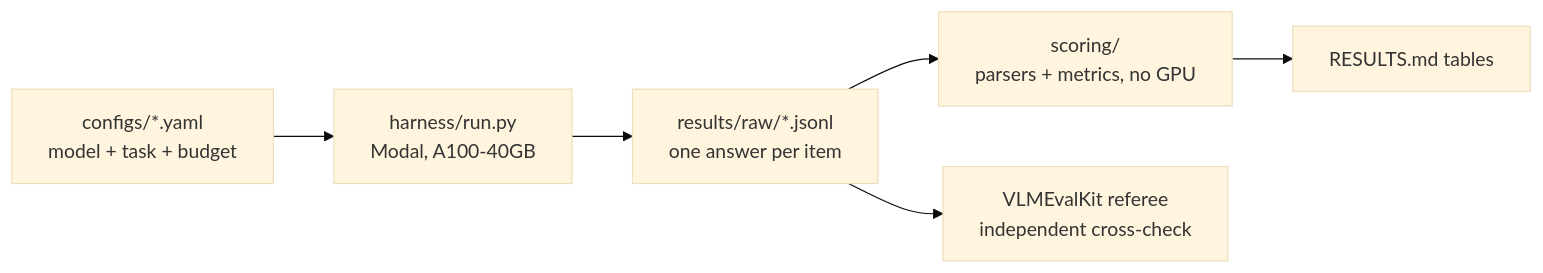
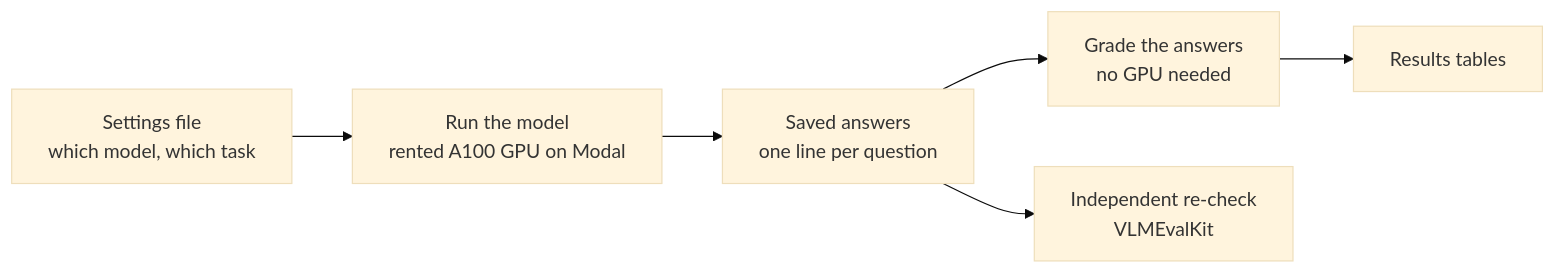
Before and after one commit to NYCandrun/Liquid-Moondream-450M-Benchmark: the diagram in README.md, drawn with Mermaid (base theme). The commit also changed other lines of this file, not shown here.

````diff
--- a/README.md
+++ b/README.md
@@ -39,8 +45,8 @@
 ```mermaid
 flowchart LR
-  C[configs/*.yaml<br/>model + task + budget] --> H[harness/run.py<br/>Modal, A100-40GB]
-  H --> R[results/raw/*.jsonl<br/>one answer per item]
-  R --> S[scoring/<br/>parsers + metrics, no GPU]
-  S --> T[RESULTS.md tables]
-  R --> V[VLMEvalKit referee<br/>independent cross-check]
+  C[Settings file<br/>which model, which task] --> H[Run the model<br/>rented A100 GPU on Modal]
+  H --> R[Saved answers<br/>one line per question]
+  R --> S[Grade the answers<br/>no GPU needed]
+  S --> T[Results tables]
+  R --> V[Independent re-check<br/>VLMEvalKit]
 ```
````
